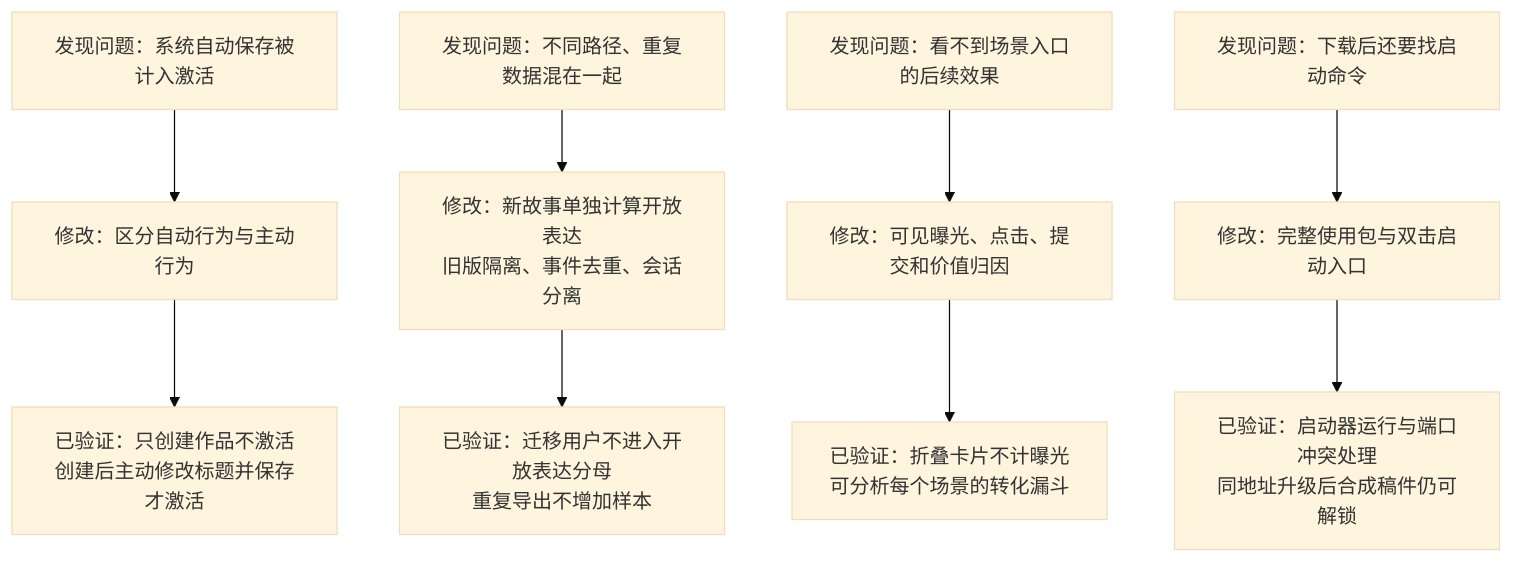
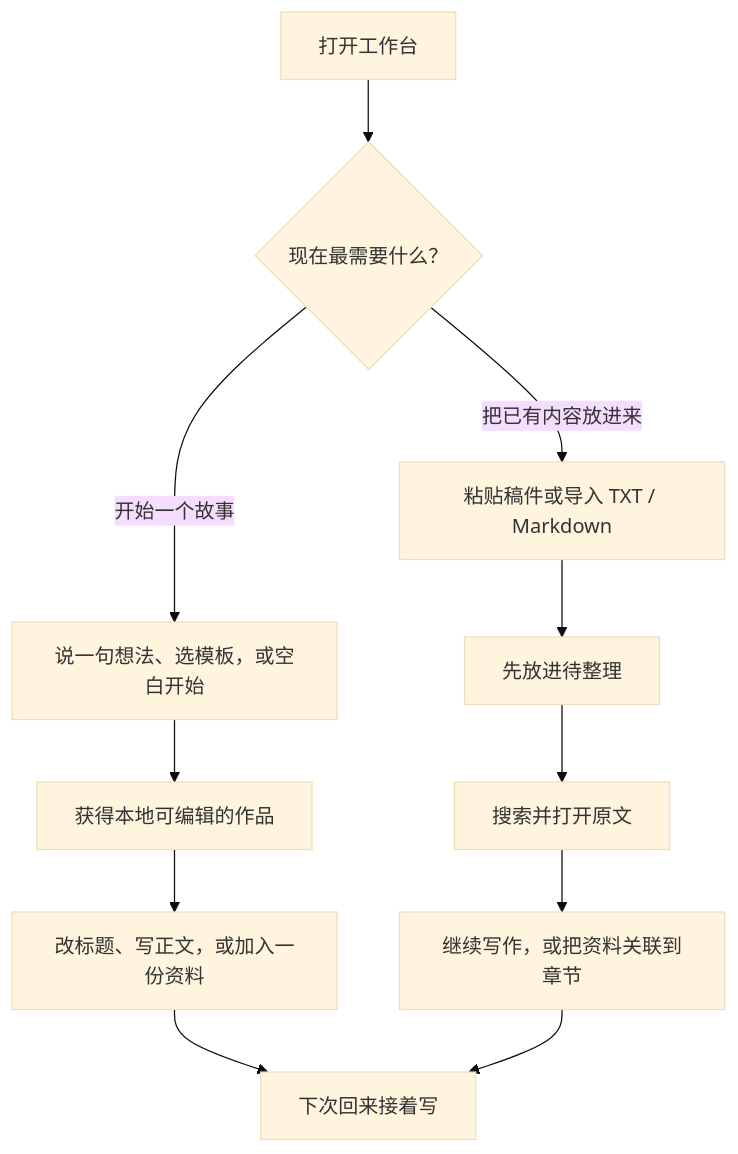
Before and after one commit to fv6zp84ngy-hue/novel-workspace: the first of 2 diagrams in README.md, drawn with Mermaid (base theme). The commit also changed other lines of this file, not shown here.

````diff
--- a/README.md
+++ b/README.md
@@ -34,11 +29,13 @@
-```mermaid
+~~~mermaid
 flowchart TD
-    A["发现问题：系统自动保存被计入激活"] --> B["修改：区分自动行为与主动行为"]
-    B --> C["已验证：只创建作品不激活<br/>创建后主动修改标题并保存才激活"]
-    D["发现问题：不同路径、重复数据混在一起"] --> E["修改：新故事单独计算开放表达<br/>旧版隔离、事件去重、会话分离"]
-    E --> F["已验证：迁移用户不进入开放表达分母<br/>重复导出不增加样本"]
-    G["发现问题：看不到场景入口的后续效果"] --> H["修改：可见曝光、点击、提交和价值归因"]
-    H --> I["已验证：折叠卡片不计曝光<br/>可分析每个场景的转化漏斗"]
-    J["发现问题：下载后还要找启动命令"] --> K["修改：完整使用包与双击启动入口"]
-    K --> L["已验证：启动器运行与端口冲突处理<br/>同地址升级后合成稿件仍可解锁"]
-```
+    A["打开工作台"] --> B{"现在最需要什么？"}
+    B -->|"开始一个故事"| C["说一句想法、选模板，或空白开始"]
+    C --> D["获得本地可编辑的作品"]
+    D --> E["改标题、写正文，或加入一份资料"]
+    B -->|"把已有内容放进来"| F["粘贴稿件或导入 TXT / Markdown"]
+    F --> G["先放进待整理"]
+    G --> H["搜索并打开原文"]
+    H --> I["继续写作，或把资料关联到章节"]
+    E --> J["下次回来接着写"]
+    I --> J
+~~~
````
